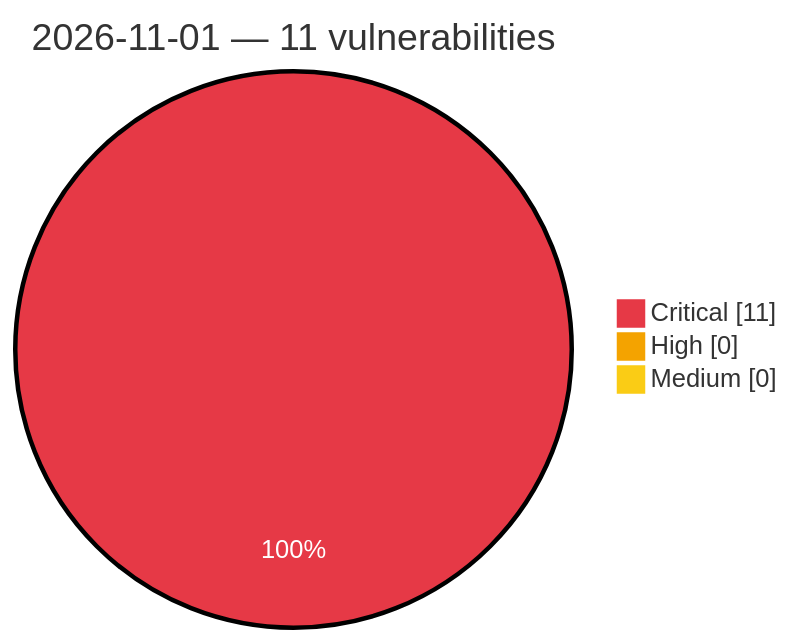
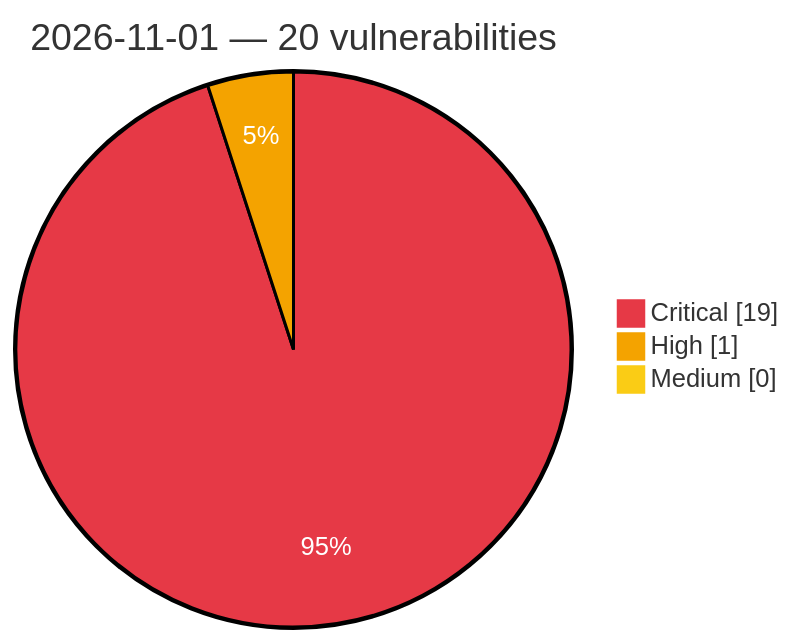
The diagram in vulnerabilities/2026/November/2026-11-01.md (GhostX0X/vuln-tracker), drawn with Mermaid before and after one commit. The commit also changed other lines of this file and 5 other files, not shown here.

Commit message:
Auto update: critical/high vulns (2026-11-01 19:13 UTC)

````diff
--- a/vulnerabilities/2026/November/2026-11-01.md
+++ b/vulnerabilities/2026/November/2026-11-01.md
@@ -3,8 +3,8 @@
 ```mermaid
 %%{init: {'theme':'base', 'themeVariables': {'pie1':'#e63946', 'pie2':'#f4a300', 'pie3':'#facc15', 'pieOpacity':'1', 'pieOuterStrokeWidth':'2px', 'pieSectionTextColor':'#ffffff'}}}%%
 pie showData
-    title 2026-11-01 — 11 vulnerabilities
-    "Critical" : 11
-    "High" : 0
+    title 2026-11-01 — 20 vulnerabilities
+    "Critical" : 19
+    "High" : 1
     "Medium" : 0
 ```
````
